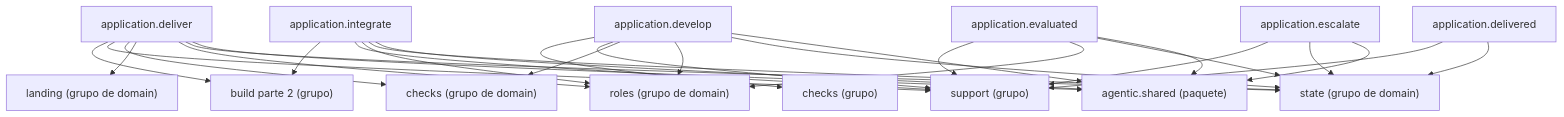
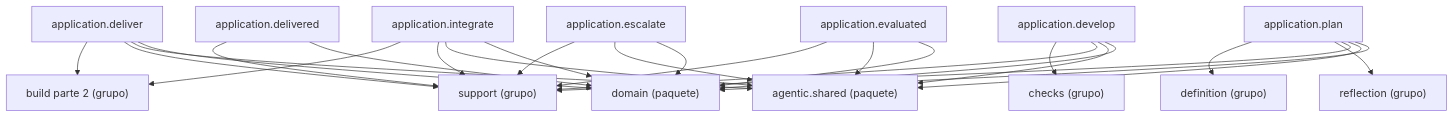
Before and after one commit to GonzaloZevallos/agentic-system: the diagram in docs/architecture/generated/packages-process-application-build-1.md, drawn with Mermaid. The commit also changed other lines of this file and 5 other files, not shown here.

````diff
--- a/docs/architecture/generated/packages-process-application-build-1.md
+++ b/docs/architecture/generated/packages-process-application-build-1.md
@@ -16,44 +16,42 @@
 ```mermaid
 graph TD
     g_application__build__2["build parte 2 (grupo)"]
     g_application__checks["checks (grupo)"]
+    g_application__definition["definition (grupo)"]
+    g_application__reflection["reflection (grupo)"]
     g_application__support["support (grupo)"]
-    g_domain__checks["checks (grupo de domain)"]
-    g_domain__landing["landing (grupo de domain)"]
-    g_domain__roles["roles (grupo de domain)"]
-    g_domain__state["state (grupo de domain)"]
     g_pkg__agentic__shared["agentic.shared (paquete)"]
+    g_pkg__domain["domain (paquete)"]
     m_application__deliver["application.deliver"]
     m_application__delivered["application.delivered"]
     m_application__develop["application.develop"]
     m_application__escalate["application.escalate"]
     m_application__evaluated["application.evaluated"]
     m_application__integrate["application.integrate"]
+    m_application__plan["application.plan"]
     m_application__deliver --> g_application__build__2
     m_application__deliver --> g_application__support
-    m_application__deliver --> g_domain__checks
-    m_application__deliver --> g_domain__landing
-    m_application__deliver --> g_domain__roles
-    m_application__deliver --> g_domain__state
     m_application__deliver --> g_pkg__agentic__shared
+    m_application__deliver --> g_pkg__domain
     m_application__delivered --> g_application__support
-    m_application__delivered --> g_domain__state
+    m_application__delivered --> g_pkg__domain
     m_application__develop --> g_application__checks
     m_application__develop --> g_application__support
-    m_application__develop --> g_domain__checks
-    m_application__develop --> g_domain__roles
-    m_application__develop --> g_domain__state
     m_application__develop --> g_pkg__agentic__shared
+    m_application__develop --> g_pkg__domain
     m_application__escalate --> g_application__support
-    m_application__escalate --> g_domain__state
     m_application__escalate --> g_pkg__agentic__shared
+    m_application__escalate --> g_pkg__domain
     m_application__evaluated --> g_application__support
-    m_application__evaluated --> g_domain__roles
-    m_application__evaluated --> g_domain__state
     m_application__evaluated --> g_pkg__agentic__shared
+    m_application__evaluated --> g_pkg__domain
     m_application__integrate --> g_application__build__2
     m_application__integrate --> g_application__support
-    m_application__integrate --> g_domain__roles
-    m_application__integrate --> g_domain__state
     m_application__integrate --> g_pkg__agentic__shared
+    m_application__integrate --> g_pkg__domain
+    m_application__plan --> g_application__definition
+    m_application__plan --> g_application__reflection
+    m_application__plan --> g_application__support
+    m_application__plan --> g_pkg__agentic__shared
+    m_application__plan --> g_pkg__domain
 ```
````
